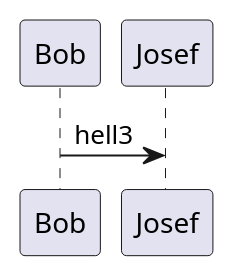
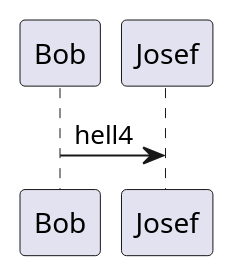
The diagram in diagrams/test.puml (jeissing/gigalixirdeploy), drawn with PlantUML before and after one commit.

Commit message:
add diagramm 2

```diff
--- a/diagrams/test.puml
+++ b/diagrams/test.puml
@@ -1,3 +1,3 @@
 @startuml jupp
-Bob -> Josef : hell3
+Bob -> Josef : hell4
 @enduml
```
